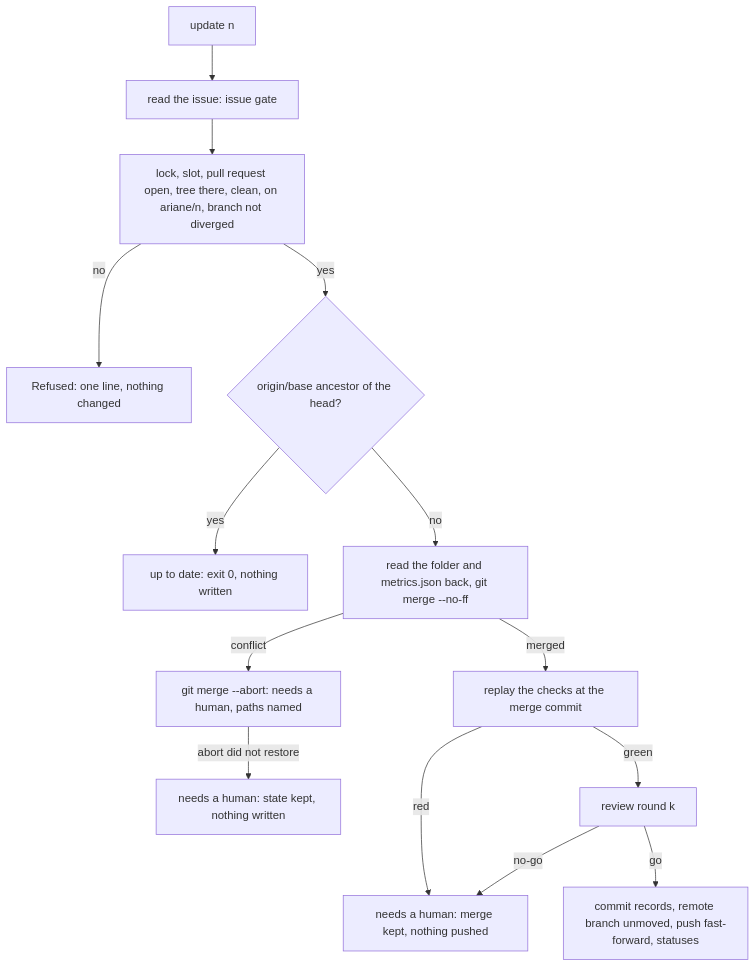
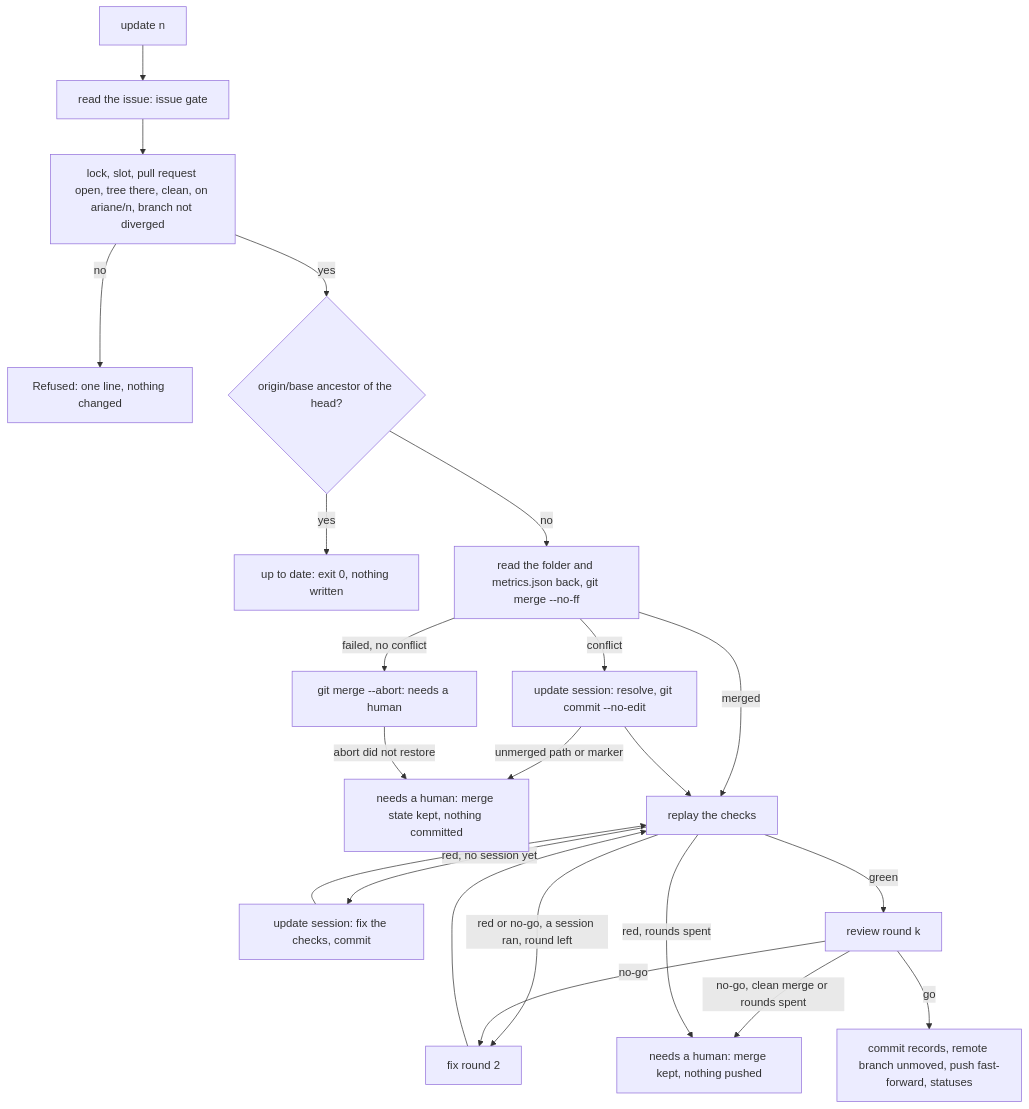
The first of 3 diagrams in docs/architecture/modules/update.md (plaplanche/ariane), drawn with Mermaid before and after one commit. The commit also changed other lines of this file and 22 other files, not shown here.

Commit message:
#146: `ariane update`: a conflict or a red check after the merge goes to one implementer session, within the fix rounds (C11, C10)

````diff
--- a/docs/architecture/modules/update.md
+++ b/docs/architecture/modules/update.md
@@ -33,16 +34,23 @@
 ```mermaid
 flowchart TD
   A[update n] --> B[read the issue: issue gate]
   B --> C[lock, slot, pull request open, tree there, clean, on ariane/n, branch not diverged]
   C -- no --> X[Refused: one line, nothing changed]
   C -- yes --> D{origin/base ancestor of the head?}
   D -- yes --> Y[up to date: exit 0, nothing written]
   D -- no --> E[read the folder and metrics.json back, git merge --no-ff]
-  E -- conflict --> F[git merge --abort: needs a human, paths named]
-  F -- abort did not restore --> Z[needs a human: state kept, nothing written]
-  E -- merged --> G[replay the checks at the merge commit]
-  G -- red --> H[needs a human: merge kept, nothing pushed]
+  E -- conflict --> F[update session: resolve, git commit --no-edit]
+  F -- unmerged path or marker --> Z[needs a human: merge state kept, nothing committed]
+  E -- failed, no conflict --> A2[git merge --abort: needs a human]
+  A2 -- abort did not restore --> Z
+  E -- merged --> G[replay the checks]
+  F --> G
+  G -- red, no session yet --> S[update session: fix the checks, commit]
+  S --> G
+  G -- red or no-go, a session ran, round left --> R[fix round 2] --> G
   G -- green --> I[review round k]
-  I -- no-go --> H
+  I -- no-go --> R
+  I -- no-go, clean merge or rounds spent --> H[needs a human: merge kept, nothing pushed]
+  G -- red, rounds spent --> H
   I -- go --> J[commit records, remote branch unmoved, push fast-forward, statuses]
 ```
````
